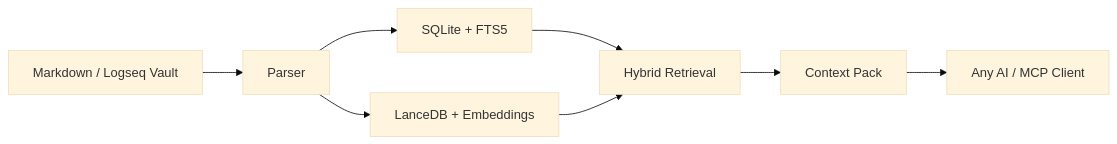
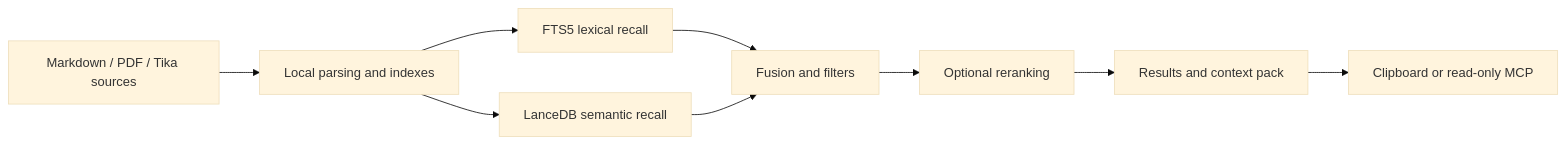
Before and after one commit to msjsc001/OmniClip-RAG: the diagram in README.md, drawn with Mermaid (base theme). The commit also changed other lines of this file and 1 other file, not shown here.

````diff
--- a/README.md
+++ b/README.md
@@ -334,10 +88,11 @@
 ```mermaid
 flowchart LR
-    A["Markdown / Logseq Vault"] --> B["Parser"]
-    B --> C["SQLite + FTS5"]
-    B --> D["LanceDB + Embeddings"]
-    C --> E["Hybrid Retrieval"]
+    A["Markdown / PDF / Tika sources"] --> B["Local parsing and indexes"]
+    B --> C["FTS5 lexical recall"]
+    B --> D["LanceDB semantic recall"]
+    C --> E["Fusion and filters"]
     D --> E
-    E --> F["Context Pack"]
-    F --> G["Any AI / MCP Client"]
+    E --> F["Optional reranking"]
+    F --> G["Results and context pack"]
+    G --> H["Clipboard or read-only MCP"]
 ```
````
